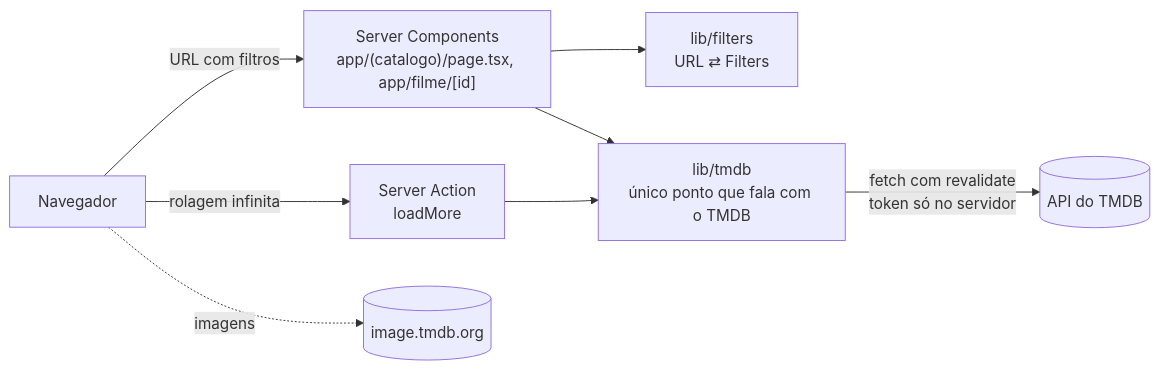
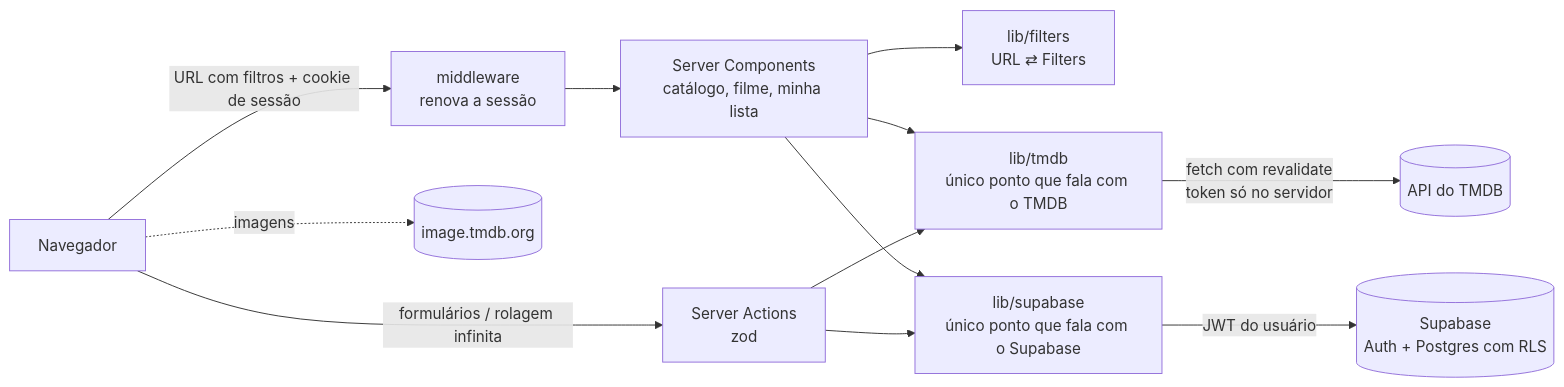
One commit to fabriciosribeiro/catalogo-filmes changed the diagram in README.md. Above: the diagram before and after it, drawn with Mermaid. The commit also changed other lines of this file, not shown here.

Commit message:
docs: README com Supabase, decisões e como rodar

````diff
--- a/README.md
+++ b/README.md
@@ -24,10 +27,14 @@
 ```mermaid
 flowchart LR
-  B[Navegador] -- URL com filtros --> P["Server Components<br/>app/(catalogo)/page.tsx, app/filme/[id]"]
-  B -- rolagem infinita --> A[Server Action<br/>loadMore]
+  B[Navegador] -- URL com filtros + cookie de sessão --> MW[middleware<br/>renova a sessão]
+  MW --> P["Server Components<br/>catálogo, filme, minha lista"]
+  B -- formulários / rolagem infinita --> A[Server Actions<br/>zod]
   P --> F[lib/filters<br/>URL ⇄ Filters]
   P --> T[lib/tmdb<br/>único ponto que fala com o TMDB]
   A --> T
+  P --> S[lib/supabase<br/>único ponto que fala com o Supabase]
+  A --> S
   T -- fetch com revalidate<br/>token só no servidor --> API[(API do TMDB)]
+  S -- JWT do usuário --> SB[(Supabase<br/>Auth + Postgres com RLS)]
   B -. imagens .-> CDN[(image.tmdb.org)]
 ```
````
